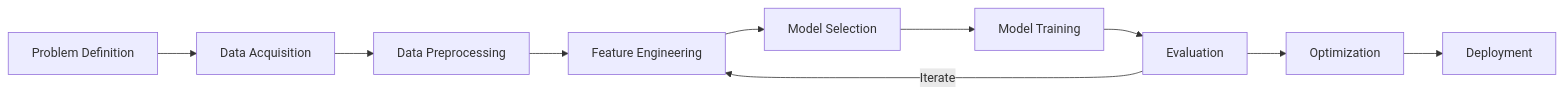
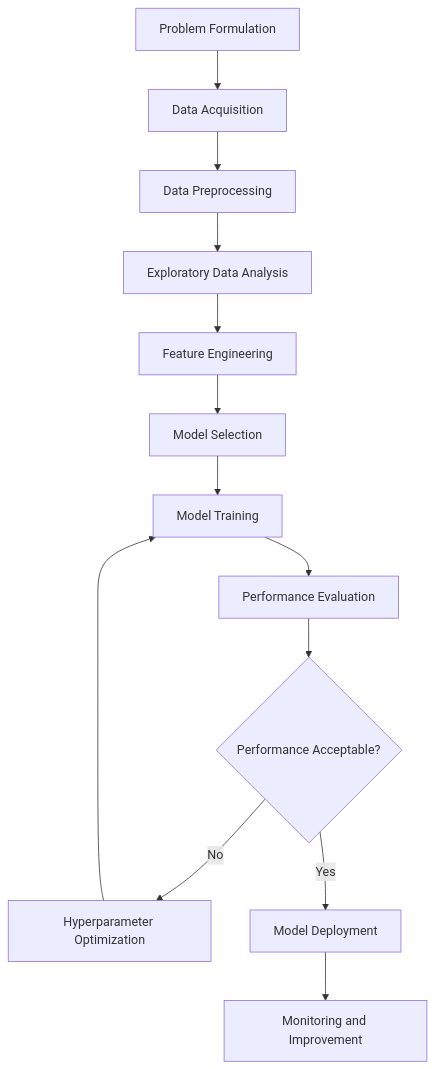
The diagram in README.md (chinmayee1096/chinmayee1096), drawn with Mermaid before and after one commit. The commit also changed other lines of this file, not shown here.

````diff
--- a/README.md
+++ b/README.md
@@ -300,12 +105,15 @@
 ```mermaid
-flowchart LR
-    A[Problem Definition] --> B[Data Acquisition]
+flowchart TD
+    A[Problem Formulation] --> B[Data Acquisition]
     B --> C[Data Preprocessing]
-    C --> D[Feature Engineering]
-    D --> E[Model Selection]
-    E --> F[Model Training]
-    F --> G[Evaluation]
-    G --> H[Optimization]
-    H --> I[Deployment]
-    G -->|Iterate| D
+    C --> D[Exploratory Data Analysis]
+    D --> E[Feature Engineering]
+    E --> F[Model Selection]
+    F --> G[Model Training]
+    G --> H[Performance Evaluation]
+    H --> I{Performance Acceptable?}
+    I -->|No| J[Hyperparameter Optimization]
+    J --> G
+    I -->|Yes| K[Model Deployment]
+    K --> L[Monitoring and Improvement]
 ```
````
